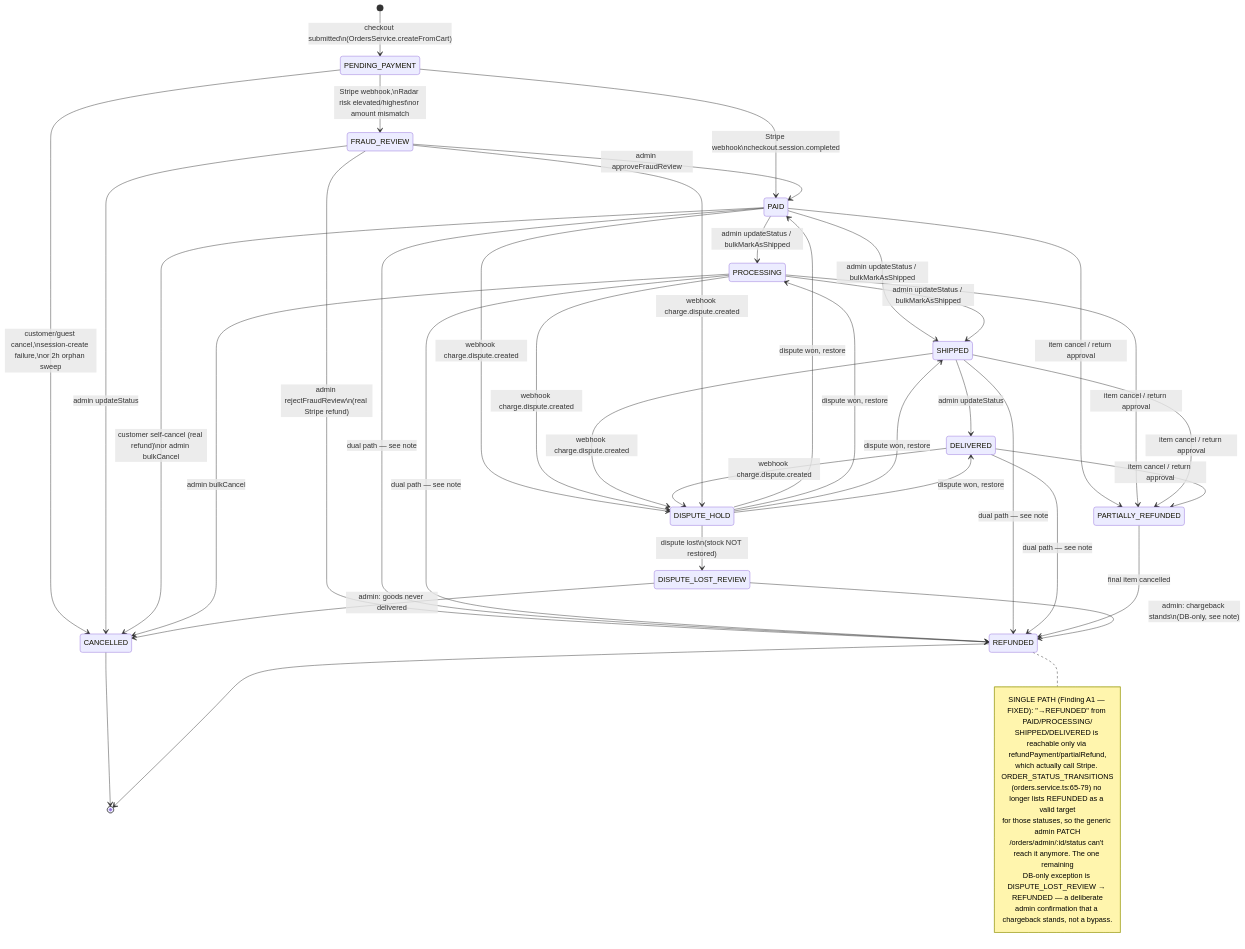
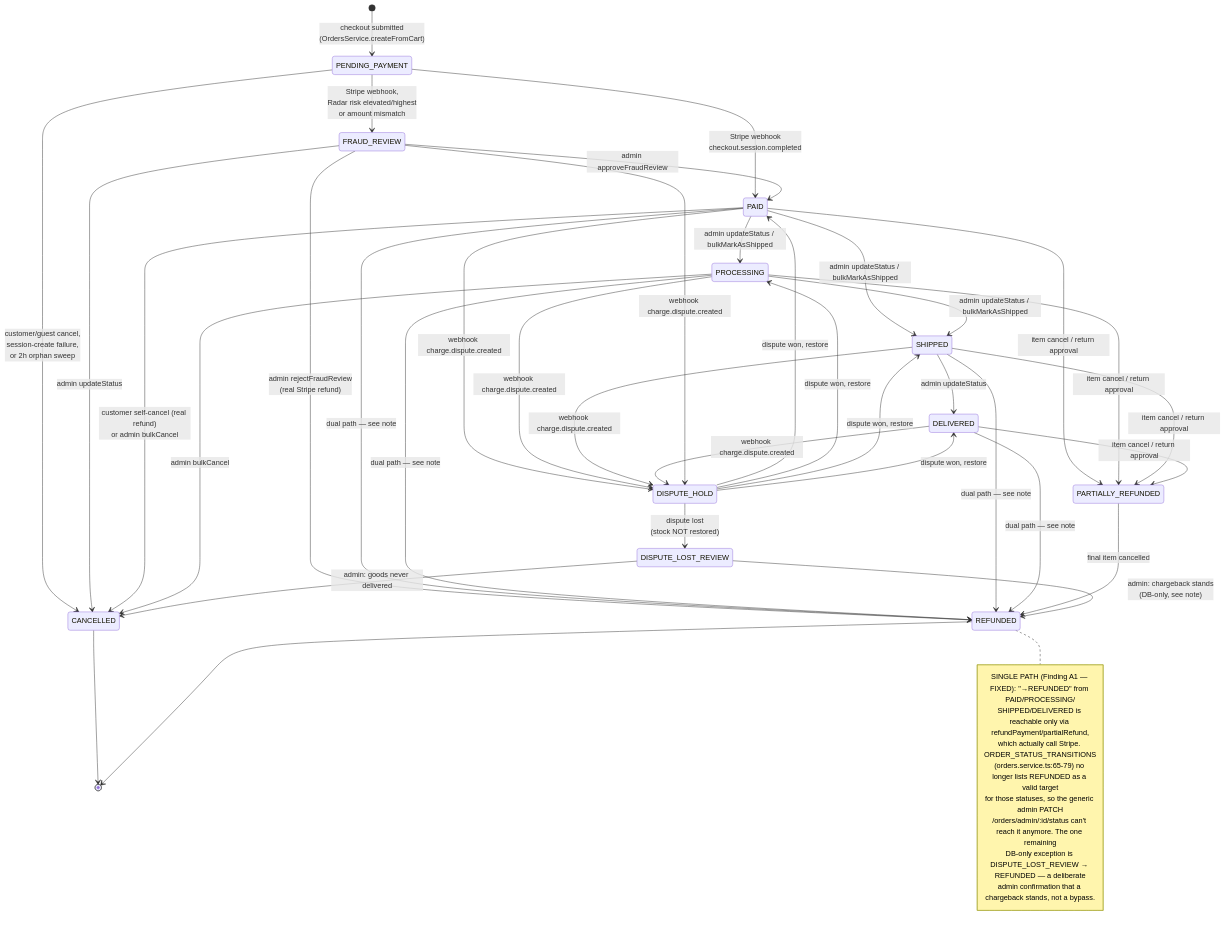
One commit to Stasiek99/e-commerce_ob_1 changed the first of 9 diagrams in docs/business-process-model.md. Above: the diagram before and after it, drawn with Mermaid. The commit also changed other lines of this file and 17 other files, not shown here.

First line of the commit message:
fix(checkout): repair guest token corruption and add guest payment retry

````diff
--- a/docs/business-process-model.md
+++ b/docs/business-process-model.md
@@ -41,60 +41,60 @@
 ```mermaid
 stateDiagram-v2
-    [*] --> PENDING_PAYMENT: checkout submitted\n(OrdersService.createFromCart)
+    [*] --> PENDING_PAYMENT: checkout submitted<br/>(OrdersService.createFromCart)
 
-    PENDING_PAYMENT --> PAID: Stripe webhook\ncheckout.session.completed
-    PENDING_PAYMENT --> FRAUD_REVIEW: Stripe webhook,\nRadar risk elevated/highest\nor amount mismatch
-    PENDING_PAYMENT --> CANCELLED: customer/guest cancel,\nsession-create failure,\nor 2h orphan sweep
+    PENDING_PAYMENT --> PAID: Stripe webhook<br/>checkout.session.completed
+    PENDING_PAYMENT --> FRAUD_REVIEW: Stripe webhook,<br/>Radar risk elevated/highest<br/>or amount mismatch
+    PENDING_PAYMENT --> CANCELLED: customer/guest cancel,<br/>session-create failure,<br/>or 2h orphan sweep
 
     FRAUD_REVIEW --> PAID: admin approveFraudReview
-    FRAUD_REVIEW --> REFUNDED: admin rejectFraudReview\n(real Stripe refund)
+    FRAUD_REVIEW --> REFUNDED: admin rejectFraudReview<br/>(real Stripe refund)
     FRAUD_REVIEW --> CANCELLED: admin updateStatus
 
     PAID --> PROCESSING: admin updateStatus / bulkMarkAsShipped
     PAID --> SHIPPED: admin updateStatus / bulkMarkAsShipped
     PROCESSING --> SHIPPED: admin updateStatus / bulkMarkAsShipped
     SHIPPED --> DELIVERED: admin updateStatus
 
-    PAID --> CANCELLED: customer self-cancel (real refund)\nor admin bulkCancel
+    PAID --> CANCELLED: customer self-cancel (real refund)<br/>or admin bulkCancel
     PROCESSING --> CANCELLED: admin bulkCancel
 
     PAID --> REFUNDED: dual path — see note
     PROCESSING --> REFUNDED: dual path — see note
     SHIPPED --> REFUNDED: dual path — see note
     DELIVERED --> REFUNDED: dual path — see note
 
     PAID --> PARTIALLY_REFUNDED: item cancel / return approval
     PROCESSING --> PARTIALLY_REFUNDED: item cancel / return approval
     SHIPPED --> PARTIALLY_REFUNDED: item cancel / return approval
     DELIVERED --> PARTIALLY_REFUNDED: item cancel / return approval
     PARTIALLY_REFUNDED --> REFUNDED: final item cancelled
 
     PAID --> DISPUTE_HOLD: webhook charge.dispute.created
     PROCESSING --> DISPUTE_HOLD: webhook charge.dispute.created
     SHIPPED --> DISPUTE_HOLD: webhook charge.dispute.created
     DELIVERED --> DISPUTE_HOLD: webhook charge.dispute.created
     FRAUD_REVIEW --> DISPUTE_HOLD: webhook charge.dispute.created
 
     DISPUTE_HOLD --> PAID: dispute won, restore
     DISPUTE_HOLD --> PROCESSING: dispute won, restore
     DISPUTE_HOLD --> SHIPPED: dispute won, restore
     DISPUTE_HOLD --> DELIVERED: dispute won, restore
-    DISPUTE_HOLD --> DISPUTE_LOST_REVIEW: dispute lost\n(stock NOT restored)
+    DISPUTE_HOLD --> DISPUTE_LOST_REVIEW: dispute lost<br/>(stock NOT restored)
 
     DISPUTE_LOST_REVIEW --> CANCELLED: admin: goods never delivered
-    DISPUTE_LOST_REVIEW --> REFUNDED: admin: chargeback stands\n(DB-only, see note)
+    DISPUTE_LOST_REVIEW --> REFUNDED: admin: chargeback stands<br/>(DB-only, see note)
 
     CANCELLED --> [*]
     REFUNDED --> [*]
 
     note right of REFUNDED
       SINGLE PATH (Finding A1 — FIXED): "→REFUNDED" from PAID/PROCESSING/
       SHIPPED/DELIVERED is reachable only via refundPayment/partialRefund,
       which actually call Stripe. ORDER_STATUS_TRANSITIONS
       (orders.service.ts:65-79) no longer lists REFUNDED as a valid target
       for those statuses, so the generic admin PATCH
       /orders/admin/:id/status can't reach it anymore. The one remaining
       DB-only exception is DISPUTE_LOST_REVIEW → REFUNDED — a deliberate
       admin confirmation that a chargeback stands, not a bypass.
     end note
 ```
````
